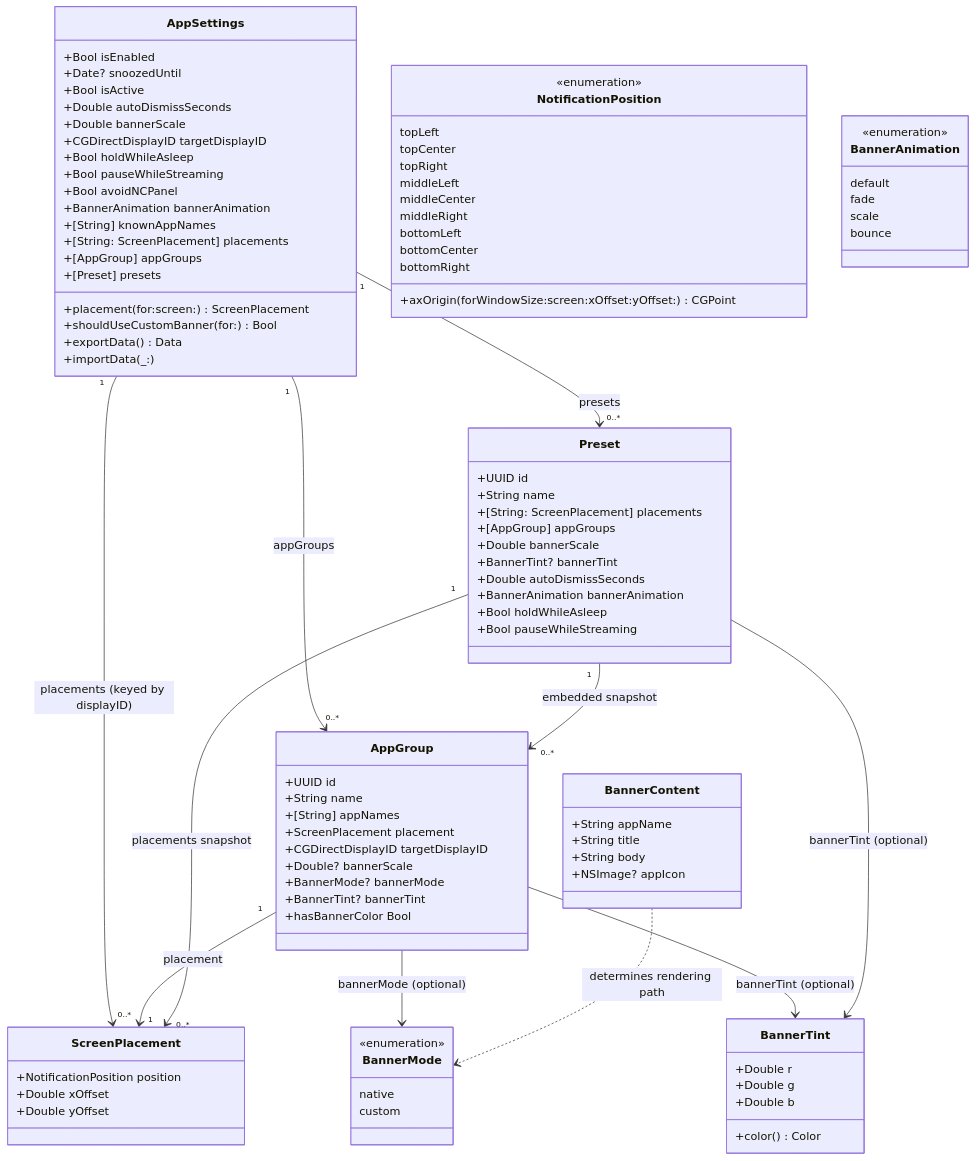
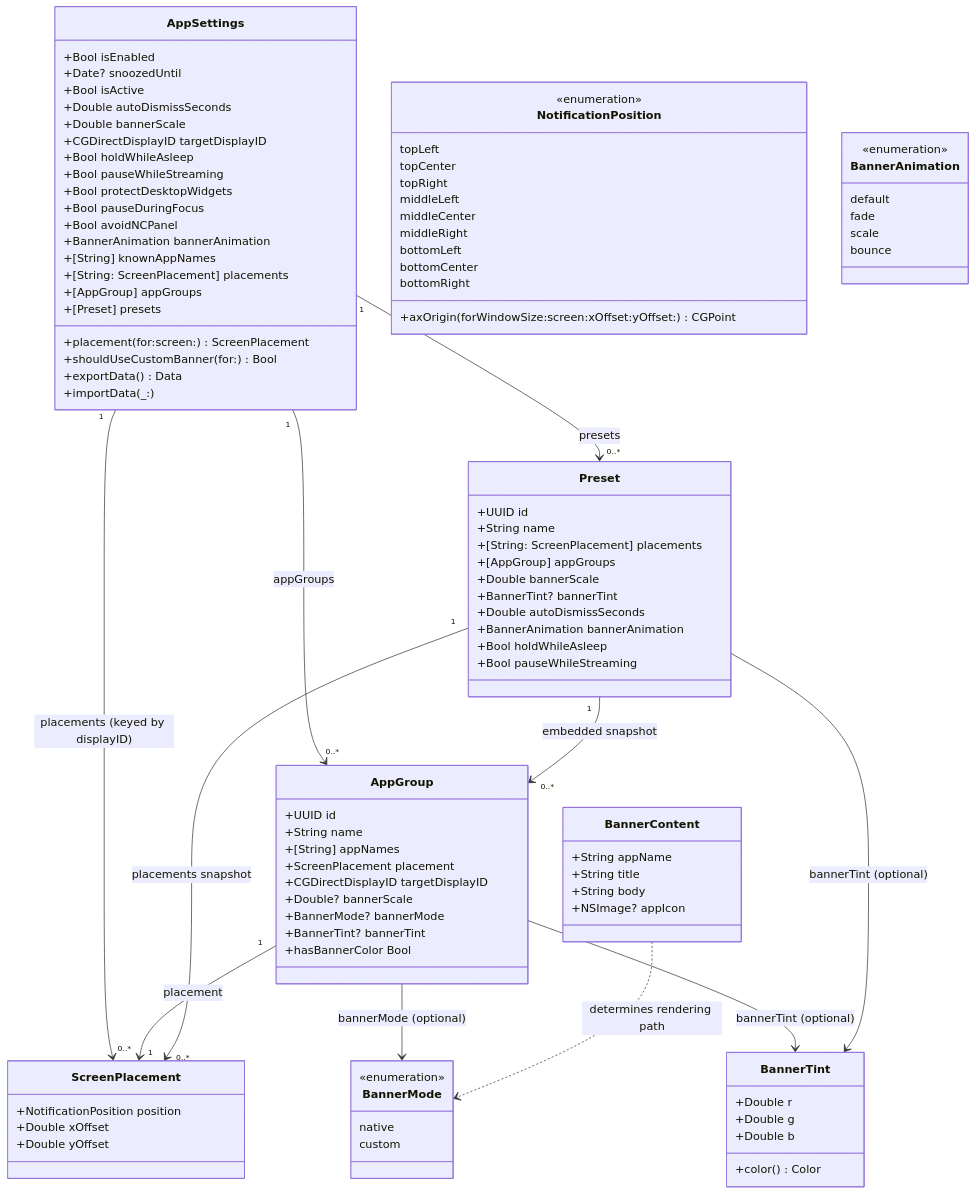
Before and after one commit to chessper53/NotificationNanny: the third of 8 diagrams in ARCHITECTURE.md, drawn with Mermaid. The commit also changed other lines of this file and 2 other files, not shown here.

First line of the commit message:
docs: update ARCHITECTURE to v1.6 and add CHANGELOG

```diff
--- a/ARCHITECTURE.md
+++ b/ARCHITECTURE.md
@@ -309,6 +313,8 @@
         +CGDirectDisplayID targetDisplayID
         +Bool holdWhileAsleep
         +Bool pauseWhileStreaming
+        +Bool protectDesktopWidgets
+        +Bool pauseDuringFocus
         +Bool avoidNCPanel
         +BannerAnimation bannerAnimation
         +[String] knownAppNames
```
